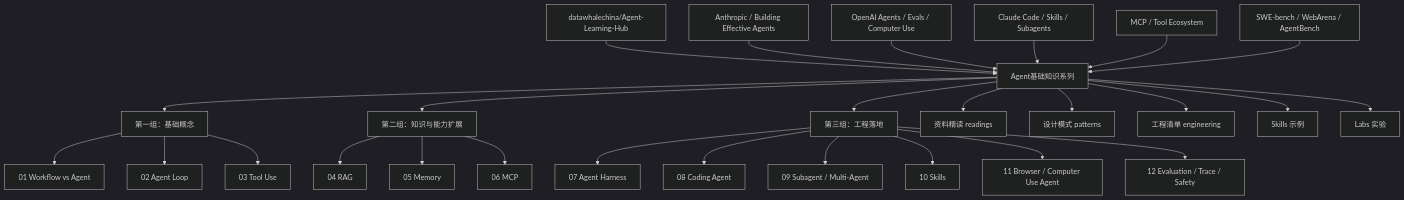
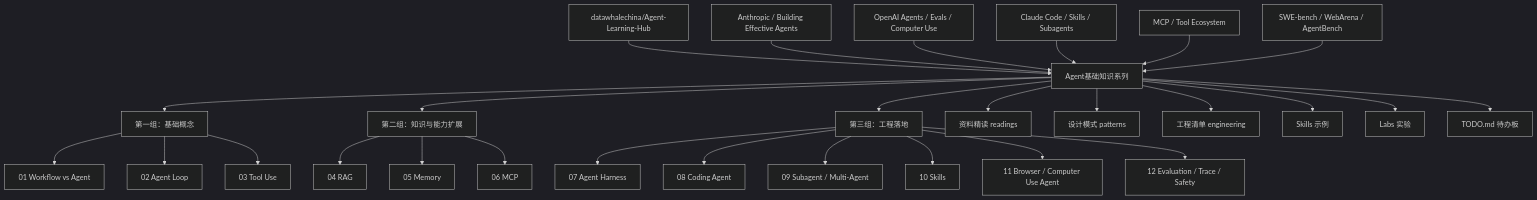
Before and after one commit to pittosporum-seu/Learning_Agent: the first of 3 diagrams in docs/document-graph.md, drawn with Mermaid (dark theme). The commit also changed other lines of this file and 11 other files, not shown here.

````diff
--- a/docs/document-graph.md
+++ b/docs/document-graph.md
@@ -9,34 +9,35 @@
 ```mermaid
 flowchart TD
     A["datawhalechina/Agent-Learning-Hub"] --> B["Agent基础知识系列"]
 
     C["Anthropic / Building Effective Agents"] --> B
     D["OpenAI Agents / Evals / Computer Use"] --> B
     E["Claude Code / Skills / Subagents"] --> B
     F["MCP / Tool Ecosystem"] --> B
     G["SWE-bench / WebArena / AgentBench"] --> B
 
     B --> S1["第一组：基础概念"]
     B --> S2["第二组：知识与能力扩展"]
     B --> S3["第三组：工程落地"]
     B --> X1["资料精读 readings"]
     B --> X2["设计模式 patterns"]
     B --> X3["工程清单 engineering"]
     B --> X4["Skills 示例"]
     B --> X5["Labs 实验"]
+    B --> X6["TODO.md 待办板"]
 
     S1 --> D01["01 Workflow vs Agent"]
     S1 --> D02["02 Agent Loop"]
     S1 --> D03["03 Tool Use"]
 
     S2 --> D04["04 RAG"]
     S2 --> D05["05 Memory"]
     S2 --> D06["06 MCP"]
 
     S3 --> D07["07 Agent Harness"]
     S3 --> D08["08 Coding Agent"]
     S3 --> D09["09 Subagent / Multi-Agent"]
     S3 --> D10["10 Skills"]
     S3 --> D11["11 Browser / Computer Use Agent"]
     S3 --> D12["12 Evaluation / Trace / Safety"]
 ```
````
